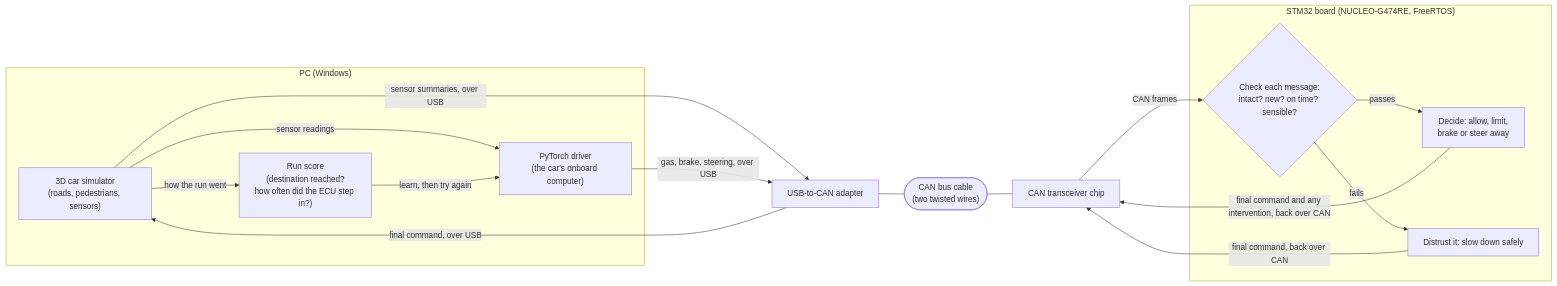
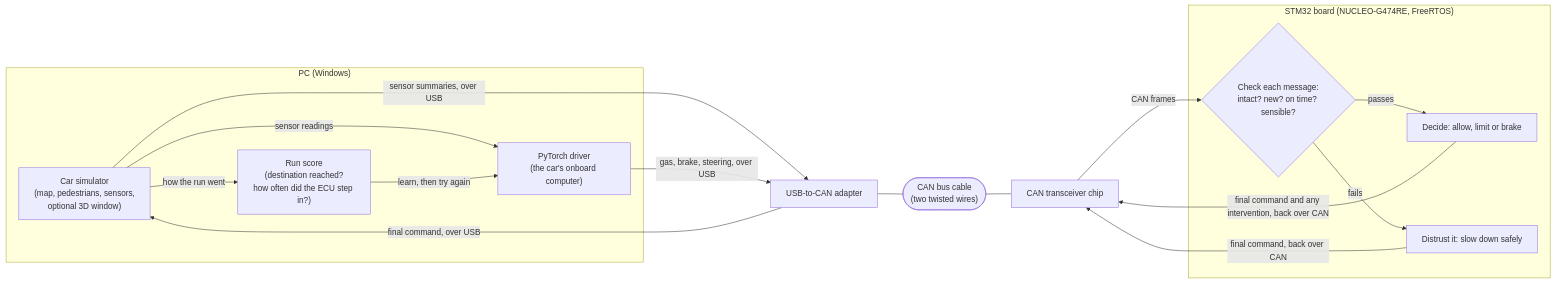
The diagram in README.md (dotatlas/self-driving-HIL-sim), drawn with Mermaid before and after one commit. The commit also changed other lines of this file and 1 other file, not shown here.

````diff
--- a/README.md
+++ b/README.md
@@ -12,30 +22,30 @@
 ```mermaid
 flowchart LR
     subgraph PC["PC (Windows)"]
-        World["3D car simulator<br/>(roads, pedestrians, sensors)"]
+        World["Car simulator<br/>(map, pedestrians, sensors,<br/>optional 3D window)"]
         Driver["PyTorch driver<br/>(the car's onboard computer)"]
         Score["Run score<br/>(destination reached?<br/>how often did the ECU step in?)"]
     end
     Adapter["USB-to-CAN adapter"]
     Cable(["CAN bus cable<br/>(two twisted wires)"])
     Transceiver["CAN transceiver chip"]
     subgraph STM32["STM32 board (NUCLEO-G474RE, FreeRTOS)"]
         Check{"Check each message:<br/>intact? new? on time? sensible?"}
-        Decide["Decide: allow, limit,<br/>brake or steer away"]
+        Decide["Decide: allow, limit or brake"]
         Distrust["Distrust it: slow down safely"]
     end
 
     World -- "sensor readings" --> Driver
     World -- "sensor summaries, over USB" --> Adapter
     Driver -- "gas, brake, steering, over USB" --> Adapter
     Adapter --- Cable
     Cable --- Transceiver
     Transceiver -- "CAN frames" --> Check
     Check -- "passes" --> Decide
     Check -- "fails" --> Distrust
     Decide -- "final command and any intervention, back over CAN" --> Transceiver
     Distrust -- "final command, back over CAN" --> Transceiver
     Adapter -- "final command, over USB" --> World
     World -- "how the run went" --> Score
     Score -- "learn, then try again" --> Driver
 ```
````
